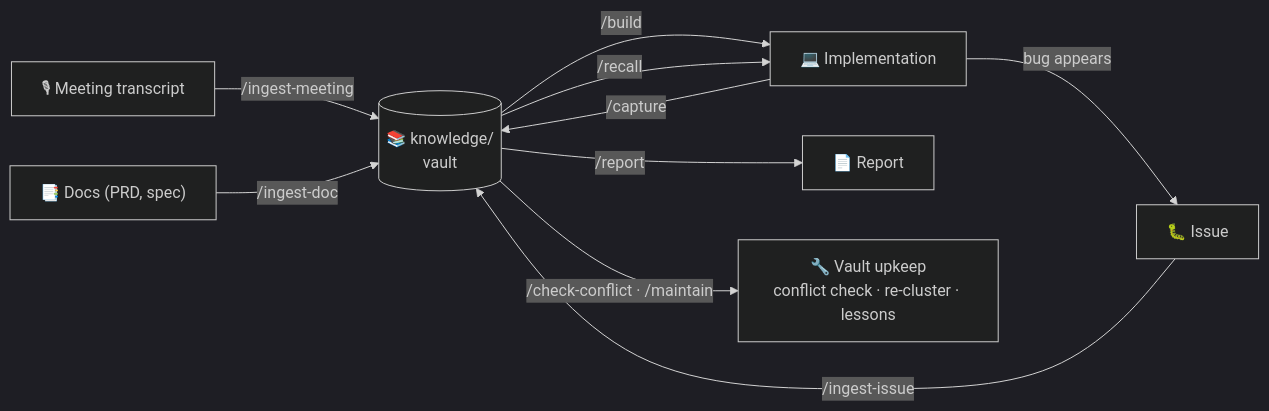
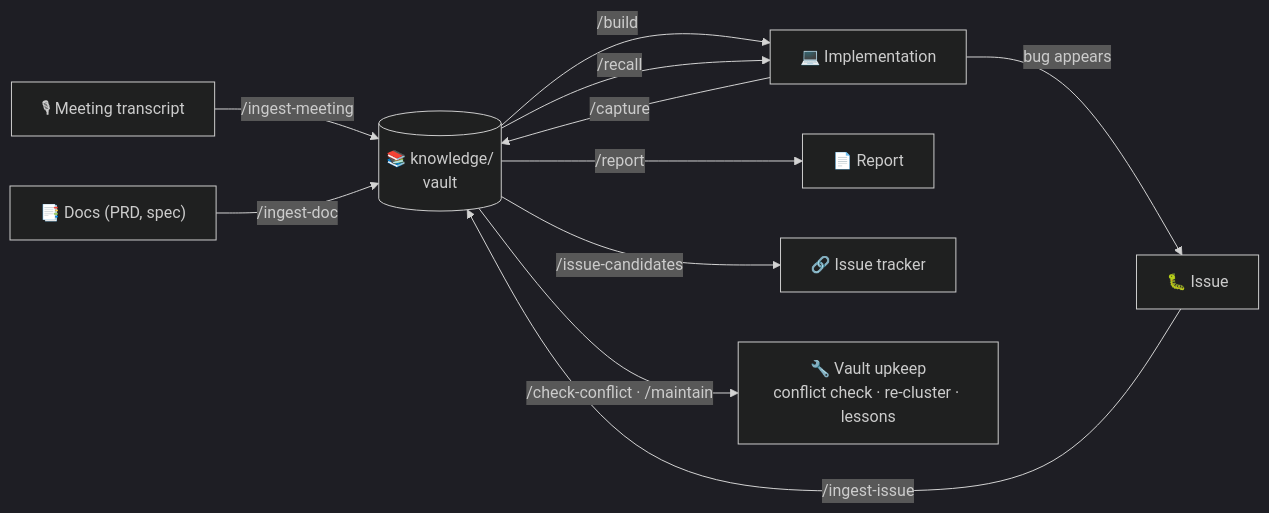
The first of 4 diagrams in README.md (EM-H20/second-brain-template), drawn with Mermaid (dark theme) before and after one commit. The commit also changed other lines of this file and 11 other files, not shown here.

````diff
--- a/README.md
+++ b/README.md
@@ -23,12 +23,13 @@
 ```mermaid
 flowchart LR
     A["🎙 Meeting transcript"] -->|"/ingest-meeting"| V[("📚 knowledge/<br/>vault")]
     V -->|"/build"| C["💻 Implementation"]
     C -->|"bug appears"| I["🐛 Issue"]
     I -->|"/ingest-issue"| V
     V -->|"/report"| R["📄 Report"]
+    V -->|"/issue-candidates"| G["🔗 Issue tracker"]
     D2["📑 Docs (PRD, spec)"] -->|"/ingest-doc"| V
     V -->|"/check-conflict · /maintain"| M["🔧 Vault upkeep<br/>conflict check · re-cluster · lessons"]
     C -->|"/capture"| V
     V -->|"/recall"| C
 ```
````
